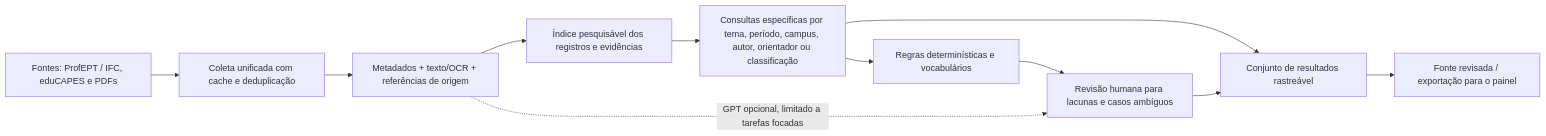
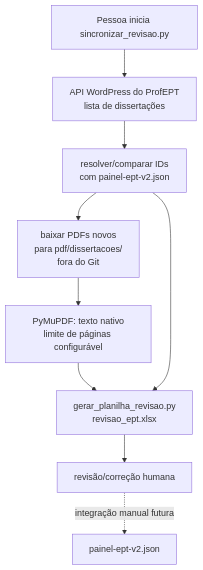
The second of 5 diagrams in DIAGRAMAS.md (regi-lpf/lemeept), drawn with Mermaid before and after one commit. The commit also changed other lines of this file and 15 other files, not shown here.

````diff
--- a/DIAGRAMAS.md
+++ b/DIAGRAMAS.md
@@ -62,13 +21,11 @@
 ```mermaid
-flowchart LR
-    SRC["Fontes: ProfEPT / IFC, eduCAPES e PDFs"] --> FETCH["Coleta unificada com cache e deduplicação"]
-    FETCH --> EVID["Metadados + texto/OCR + referências de origem"]
-    EVID --> INDEX["Índice pesquisável dos registros e evidências"]
-    INDEX --> QUERY["Consultas específicas por tema, período, campus, autor, orientador ou classificação"]
-    QUERY --> RULES["Regras determinísticas e vocabulários"]
-    RULES --> REVIEW["Revisão humana para lacunas e casos ambíguos"]
-    EVID -. "GPT opcional, limitado a tarefas focadas" .-> REVIEW
-    QUERY --> OUT["Conjunto de resultados rastreável"]
-    REVIEW --> OUT
-    OUT --> XLSX["Fonte revisada / exportação para o painel"]
+flowchart TD
+    START["Pessoa inicia sincronizar_revisao.py"] --> API["API WordPress do ProfEPT\nlista de dissertações"]
+    API --> ID["resolver/comparar IDs\ncom painel-ept-v2.json"]
+    ID --> PDF["baixar PDFs novos\npara pdf/dissertacoes/\nfora do Git"]
+    PDF --> TXT["PyMuPDF: texto nativo\nlimite de páginas configurável"]
+    TXT --> XLSX["gerar_planilha_revisao.py\nrevisao_ept.xlsx"]
+    ID --> XLSX
+    XLSX --> HUMAN["revisão/correção humana"]
+    HUMAN -. "integração manual futura" .-> V2["painel-ept-v2.json"]
 ```
````
